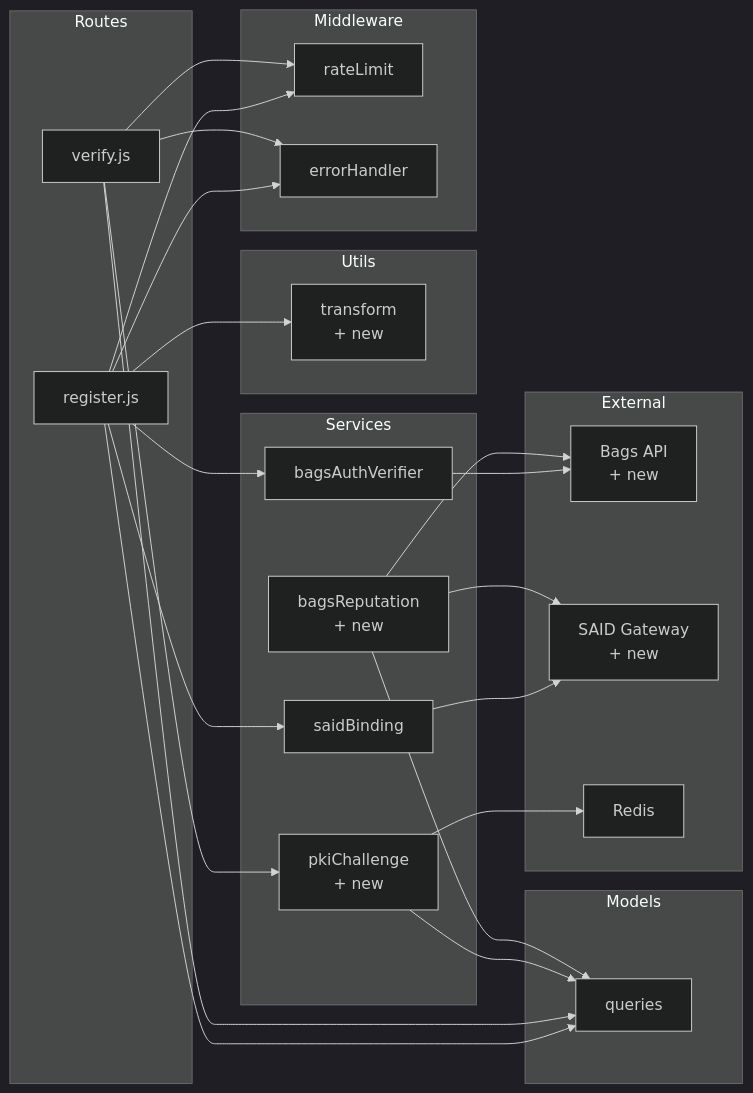
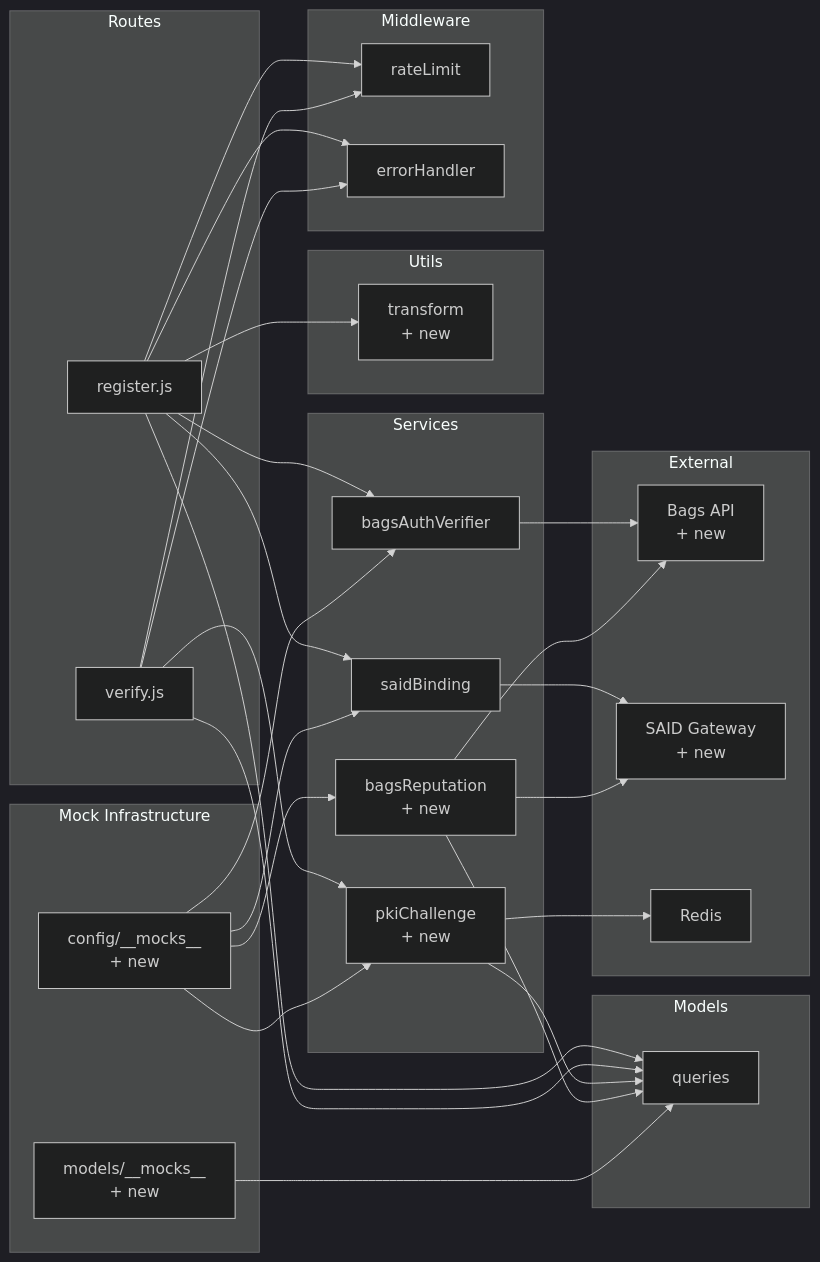
Before and after one commit to RunTimeAdmin/AgentID: the third of 3 diagrams in .qoder/repowiki/en/content/Testing Strategy.md, drawn with Mermaid (dark theme). The commit also changed other lines of this file and 8 other files, not shown here.

````diff
--- a/.qoder/repowiki/en/content/Testing Strategy.md
+++ b/.qoder/repowiki/en/content/Testing Strategy.md
@@ -438,45 +457,54 @@
 ```mermaid
 graph LR
 subgraph "Routes"
 R["register.js"]
 V["verify.js"]
 end
 subgraph "Services"
 S1["bagsAuthVerifier"]
 S2["saidBinding"]
 S3["pkiChallenge<br/>+ new"]
 S4["bagsReputation<br/>+ new"]
 end
 subgraph "Models"
 Q["queries"]
 end
 subgraph "Utils"
 T["transform<br/>+ new"]
 end
 subgraph "Middleware"
 RL["rateLimit"]
 EH["errorHandler"]
 end
 subgraph "External"
 B["Bags API<br/>+ new"]
 SG["SAID Gateway<br/>+ new"]
 RC["Redis"]
 end
+subgraph "Mock Infrastructure"
+CM["config/__mocks__<br/>+ new"]
+DM["models/__mocks__<br/>+ new"]
+end
 R --> S1
 R --> S2
 R --> Q
 R --> T
 V --> S3
 V --> Q
 R --> RL
 V --> RL
 R --> EH
 V --> EH
 S1 --> B
 S2 --> SG
 S3 --> Q
 S3 --> RC
 S4 --> B
 S4 --> SG
 S4 --> Q
+CM --> S1
+CM --> S2
+CM --> S3
+CM --> S4
+DM --> Q
 ```
````
